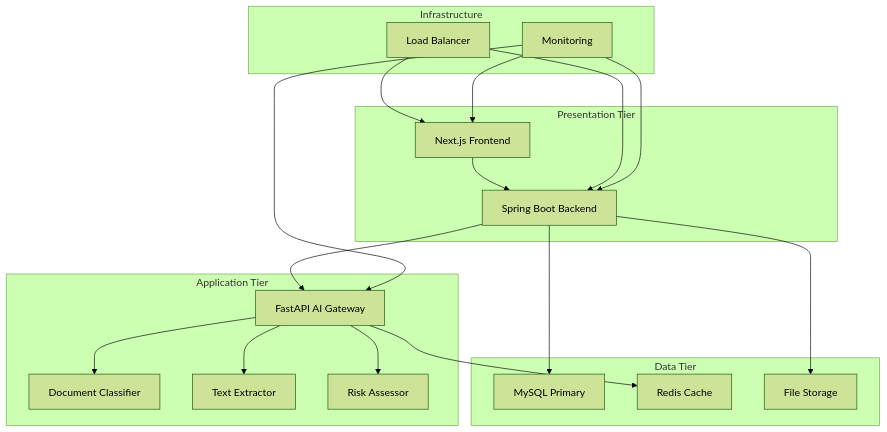
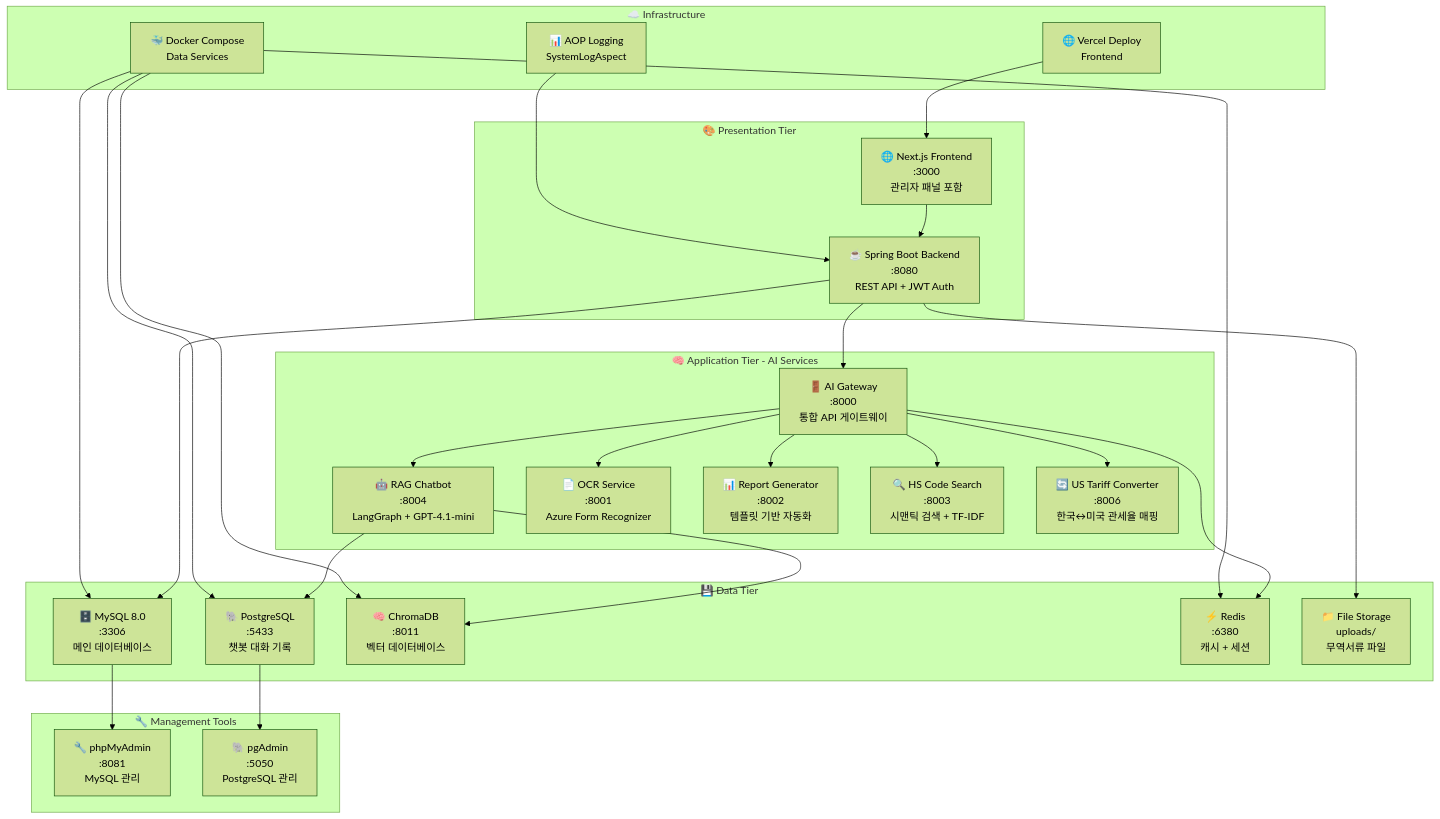
One commit to ktBigDeal/customs-clearance changed the diagram in README.md. Above: the diagram before and after it, drawn with Mermaid (forest theme).

Commit message:
docs: 시스템 아키텍처 차트 최신화 - 모든 서비스 및 포트 번호 반영
- 실제 서비스 구조와 포트 번호를 포함한 완전한 아키텍처 다이어그램
- AI Services: 6개 서비스 (AI Gateway, RAG Chatbot, OCR, Report, HS Code, US Converter)
- Data Tier: 4개 데이터베이스 (MySQL, PostgreSQL, ChromaDB, Redis) + File Storage
- Management Tools: phpMyAdmin, pgAdmin 관리도구 명시
- Infrastructure: Vercel 배포, AOP 로깅, Docker Compose 인프라 표시

🤖 Generated with [Claude Code](https://claude.ai/code)

````diff
--- a/README.md
+++ b/README.md
@@ -82,27 +82,37 @@
 ```mermaid
 graph TB
-    subgraph "Presentation Tier"
-        A[Next.js Frontend] --> B[Spring Boot Backend]
+    subgraph "🎨 Presentation Tier"
+        A["🌐 Next.js Frontend<br/>:3000<br/>관리자 패널 포함"] --> B["☕ Spring Boot Backend<br/>:8080<br/>REST API + JWT Auth"]
     end
     
-    subgraph "Application Tier"
-        B --> C[FastAPI AI Gateway]
-        C --> D[Document Classifier]
-        C --> E[Text Extractor]
-        C --> F[Risk Assessor]
+    subgraph "🧠 Application Tier - AI Services"
+        B --> C["🚪 AI Gateway<br/>:8000<br/>통합 API 게이트웨이"]
+        C --> D["🤖 RAG Chatbot<br/>:8004<br/>LangGraph + GPT-4.1-mini"]
+        C --> E["📄 OCR Service<br/>:8001<br/>Azure Form Recognizer"]
+        C --> F["📊 Report Generator<br/>:8002<br/>템플릿 기반 자동화"]
+        C --> G["🔍 HS Code Search<br/>:8003<br/>시맨틱 검색 + TF-IDF"]
+        C --> H["🔄 US Tariff Converter<br/>:8006<br/>한국↔미국 관세율 매핑"]
     end
     
-    subgraph "Data Tier"
-        B --> G[MySQL Primary]
-        C --> H[Redis Cache]
-        B --> I[File Storage]
+    subgraph "💾 Data Tier"
+        B --> I["🗄️ MySQL 8.0<br/>:3306<br/>메인 데이터베이스"]
+        D --> J["🐘 PostgreSQL<br/>:5433<br/>챗봇 대화 기록"]
+        D --> K["🧠 ChromaDB<br/>:8011<br/>벡터 데이터베이스"]
+        C --> L["⚡ Redis<br/>:6380<br/>캐시 + 세션"]
+        B --> M["📁 File Storage<br/>uploads/<br/>무역서류 파일"]
     end
     
-    subgraph "Infrastructure"
-        J[Load Balancer] --> A
-        J --> B
-        K[Monitoring] --> A
-        K --> B
-        K --> C
+    subgraph "🔧 Management Tools"
+        I --> N["🔧 phpMyAdmin<br/>:8081<br/>MySQL 관리"]
+        J --> O["🐘 pgAdmin<br/>:5050<br/>PostgreSQL 관리"]
+    end
+    
+    subgraph "☁️ Infrastructure"
+        P["🌐 Vercel Deploy<br/>Frontend"] --> A
+        Q["📊 AOP Logging<br/>SystemLogAspect"] --> B
+        R["🐳 Docker Compose<br/>Data Services"] --> I
+        R --> J
+        R --> K
+        R --> L
     end
 ```
````
